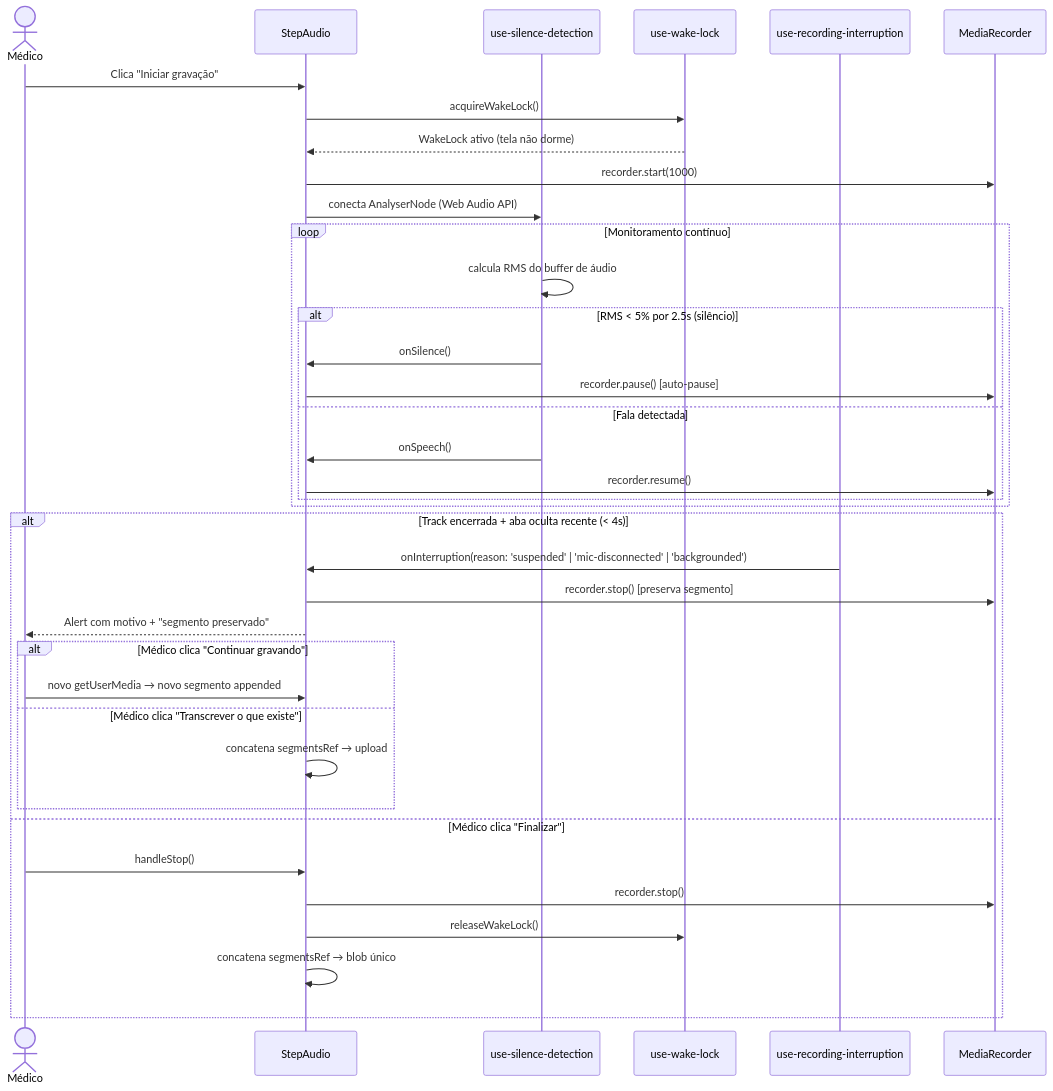
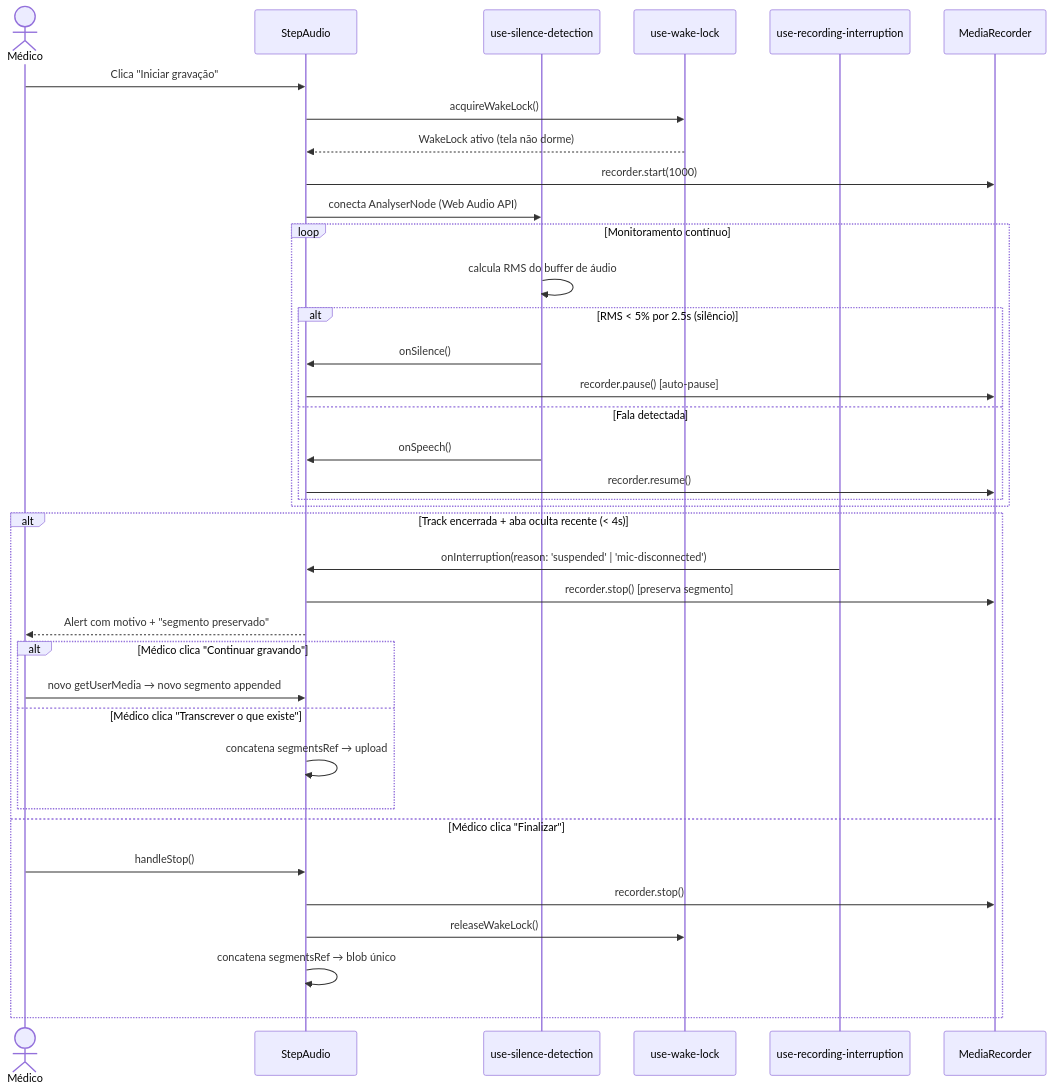
Before and after one commit to Startiatech/anamnsese-ia: the fourth of 14 diagrams in docs/architecture.md, drawn with Mermaid. The commit also changed other lines of this file and 3 other files, not shown here.

Commit message:
fix(audio): preserva tempo no aviso de interrupcao e remove reason backgrounded morto

````diff
--- a/docs/architecture.md
+++ b/docs/architecture.md
@@ -107,42 +107,42 @@
 ```mermaid
 sequenceDiagram
     actor Médico
     participant SA as StepAudio
     participant VAD as use-silence-detection
     participant WL as use-wake-lock
     participant RI as use-recording-interruption
     participant MR as MediaRecorder
 
     Médico->>SA: Clica "Iniciar gravação"
     SA->>WL: acquireWakeLock()
     WL-->>SA: WakeLock ativo (tela não dorme)
     SA->>MR: recorder.start(1000)
     SA->>VAD: conecta AnalyserNode (Web Audio API)
 
     loop Monitoramento contínuo
         VAD->>VAD: calcula RMS do buffer de áudio
         alt RMS < 5% por 2.5s (silêncio)
             VAD->>SA: onSilence()
             SA->>MR: recorder.pause() [auto-pause]
         else Fala detectada
             VAD->>SA: onSpeech()
             SA->>MR: recorder.resume()
         end
     end
 
     alt Track encerrada + aba oculta recente (< 4s)
-        RI->>SA: onInterruption(reason: 'suspended' | 'mic-disconnected' | 'backgrounded')
+        RI->>SA: onInterruption(reason: 'suspended' | 'mic-disconnected')
         SA->>MR: recorder.stop() [preserva segmento]
         SA-->>Médico: Alert com motivo + "segmento preservado"
         alt Médico clica "Continuar gravando"
             Médico->>SA: novo getUserMedia → novo segmento appended
         else Médico clica "Transcrever o que existe"
             SA->>SA: concatena segmentsRef → upload
         end
     else Médico clica "Finalizar"
         Médico->>SA: handleStop()
         SA->>MR: recorder.stop()
         SA->>WL: releaseWakeLock()
         SA->>SA: concatena segmentsRef → blob único
     end
 ```
````
